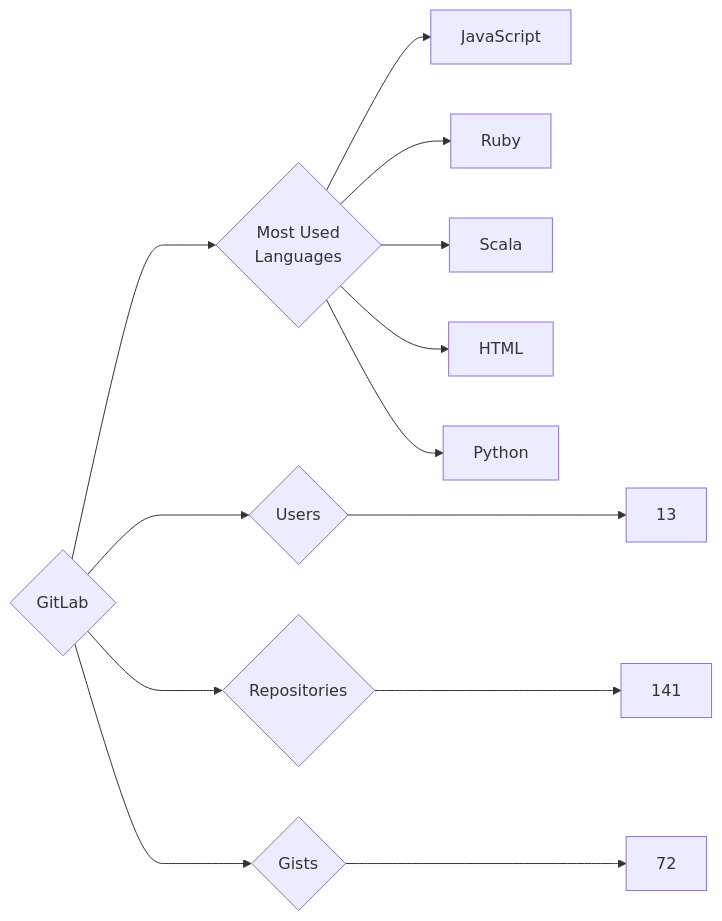
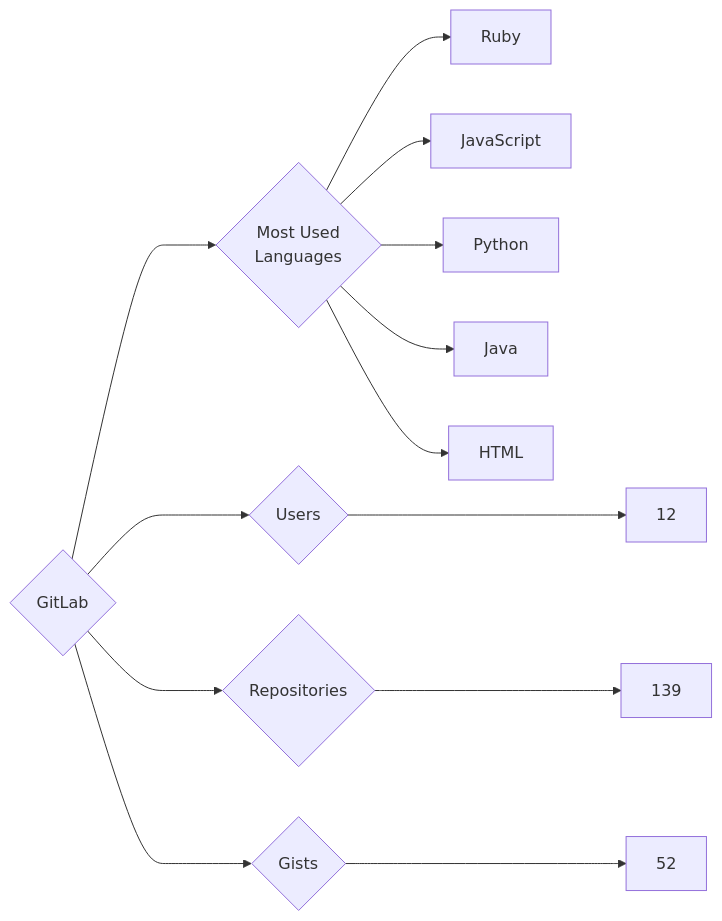
One commit to trickest/insiders changed the diagram in targets/GitLab/README.md. Above: the diagram before and after it, drawn with Mermaid. The commit also changed 895 other files, not shown here.

````diff
--- a/targets/GitLab/README.md
+++ b/targets/GitLab/README.md
@@ -3,13 +3,13 @@
 ```mermaid
 graph LR
 COMPANY_NAME{GitLab}
-COMPANY_NAME ---> U{Users} ---> UN[13]
-COMPANY_NAME ---> R{Repositories} ---> RN[141]
-COMPANY_NAME ---> G{Gists} ---> GN[72]
+COMPANY_NAME ---> U{Users} ---> UN[12]
+COMPANY_NAME ---> R{Repositories} ---> RN[139]
+COMPANY_NAME ---> G{Gists} ---> GN[52]
 COMPANY_NAME ---> ML{Most Used<br>Languages}
+ML --> Ruby[Ruby]
 ML --> JavaScript[JavaScript]
-ML --> Ruby[Ruby]
-ML --> Scala[Scala]
+ML --> Python[Python]
+ML --> Java[Java]
 ML --> HTML[HTML]
-ML --> Python[Python]
 ```
````
